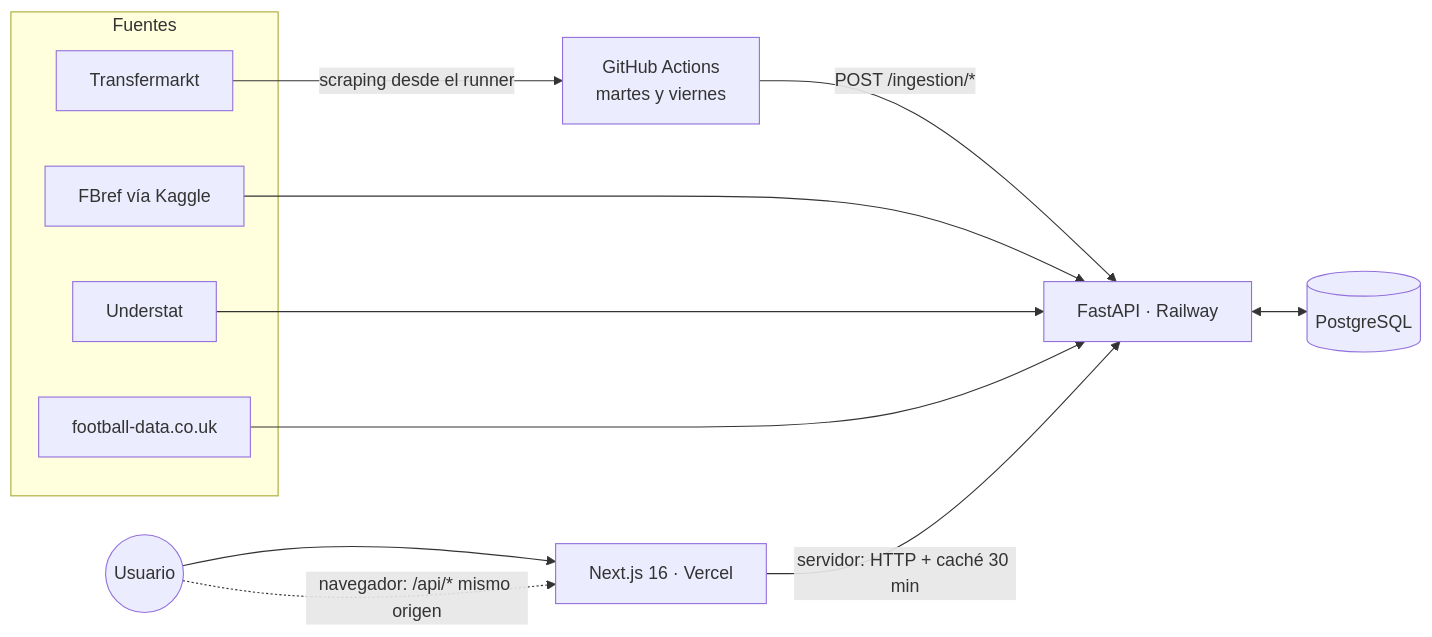
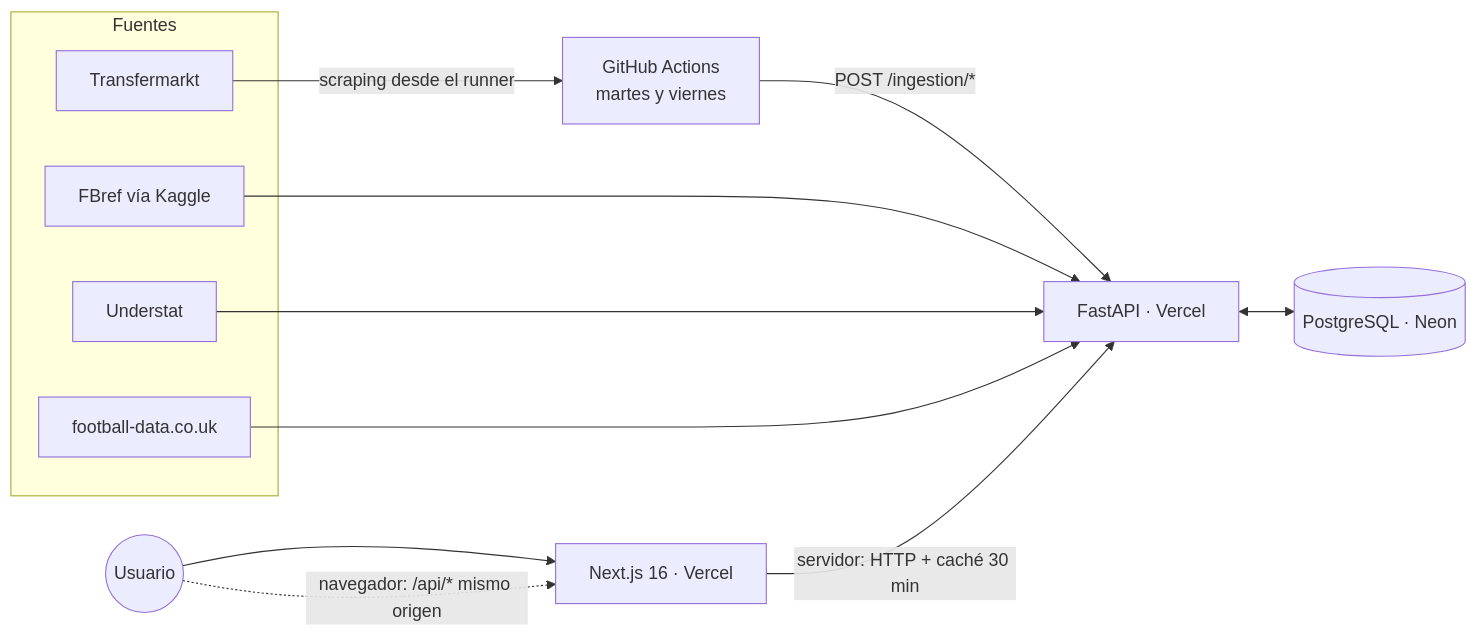
One commit to albertoqv/el-regista changed the diagram in README.md. Above: the diagram before and after it, drawn with Mermaid. The commit also changed other lines of this file and 3 other files, not shown here.

Commit message:
docs: producción en Vercel y Neon (gratis) tras migrar desde Railway

````diff
--- a/README.md
+++ b/README.md
@@ -38,16 +38,16 @@
 ```mermaid
 flowchart LR
     subgraph Fuentes
         FB[FBref vía Kaggle]
         US[Understat]
         TM[Transfermarkt]
         FD[football-data.co.uk]
     end
     GA[GitHub Actions<br/>martes y viernes] -->|POST /ingestion/*| API
     FB & US & FD --> API
     TM -->|scraping desde el runner| GA
-    API[FastAPI · Railway] <--> DB[(PostgreSQL)]
+    API[FastAPI · Vercel] <--> DB[(PostgreSQL · Neon)]
     WEB[Next.js 16 · Vercel] -->|servidor: HTTP + caché 30 min| API
     U((Usuario)) --> WEB
     U -.->|navegador: /api/* mismo origen| WEB
 ```
````
